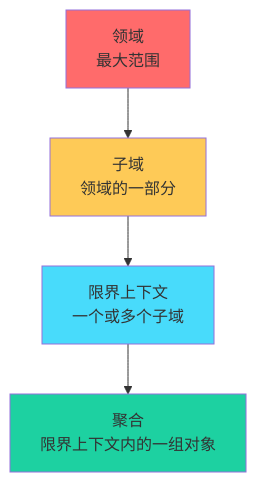
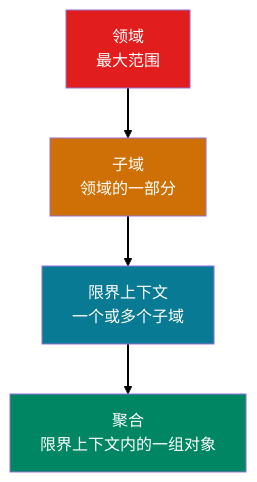
The seventh of 12 diagrams in domain-driven-design/一文搞懂DDD领域驱动设计.md (microwind/design-patterns), drawn with Mermaid before and after one commit. The commit also changed other lines of this file, not shown here.

````diff
--- a/domain-driven-design/一文搞懂DDD领域驱动设计.md
+++ b/domain-driven-design/一文搞懂DDD领域驱动设计.md
@@ -224,11 +259,15 @@
 ```mermaid
 flowchart TD
     A[领域<br/>最大范围] --> B[子域<br/>领域的一部分]
     B --> C[限界上下文<br/>一个或多个子域]
     C --> D[聚合<br/>限界上下文内的一组对象]
     
-    style A fill:#ff6b6b
-    style B fill:#feca57
-    style C fill:#48dbfb
-    style D fill:#1dd1a1
+    style A fill:#E11D1D,color:#ffffff
+    style B fill:#CE7005,color:#FFFFFF
+    style C fill:#097A93,color:#ffffff
+    style D fill:#018663,color:#ffffff
+    
+    linkStyle 0 stroke:#000000,stroke-width:2px,color:#ffffff
+    linkStyle 1 stroke:#000000,stroke-width:2px,color:#ffffff
+    linkStyle 2 stroke:#000000,stroke-width:2px,color:#ffffff
 ```
````
